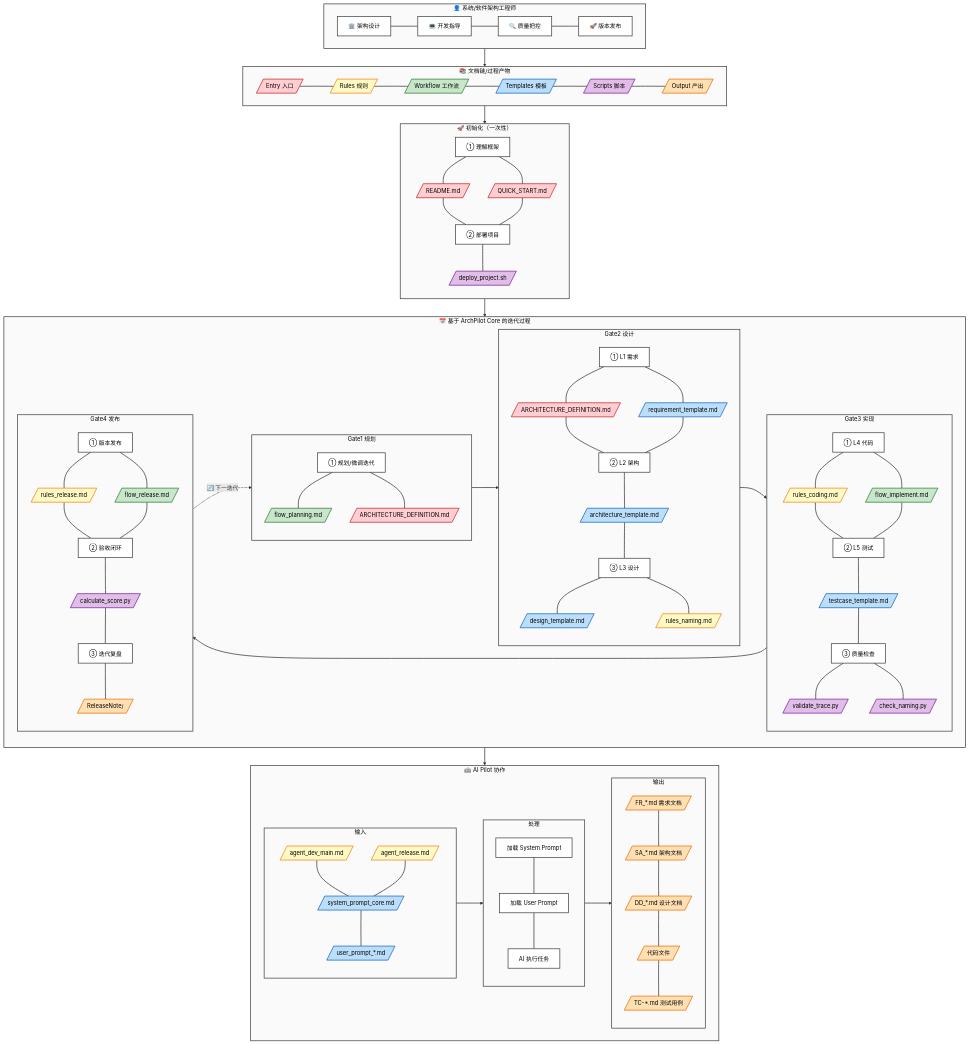
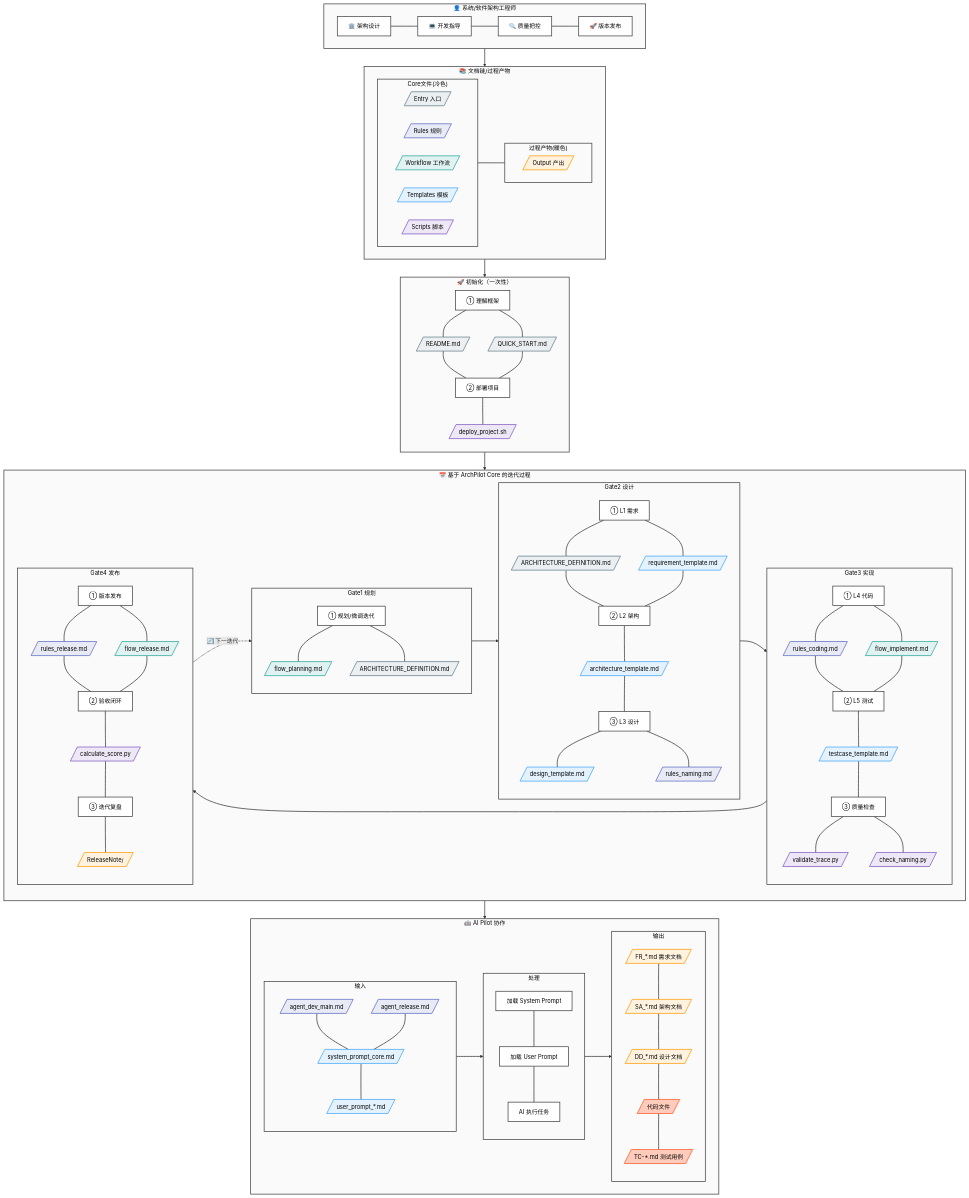
The diagram in Governance/PILOT_GLOBAL_FLOW.mmd (lukagithub/archpilot_core), drawn with Mermaid before and after one commit. The commit also changed 1 other file, not shown here.

Commit message:
style: optimize color scheme - cold for Core, warm for Output Color scheme changes: - Core files (stable, low-frequency): Low saturation COLD colors   - Entry: #eceff1/#607d8b (blue-gray)   - Rules: #e8eaf6/#5c6bc0 (indigo)   - Workflow: #e0f2f1/#26a69a (teal)   - Templates: #e3f2fd/#42a5f5 (blue)   - Scripts: #ede7f6/#7e57c2 (purple) - Output files (project-specific, high-frequency): High saturation WARM colors   - Output: #fff3e0/#ff9800 (orange)   - OutputHigh: #ffccbc/#ff5722 (deep orange) Updated files: - PILOT_GLOBAL_FLOW.mmd: New color definitions and legend structure - rules_mermaid.md: Section 2.2 split into Core/Output, updated 2.3 principles Design rationale: - Cold colors = framework layer, stable, rarely changed - Warm colors = business layer, project output, frequently changed

```diff
--- a/Governance/PILOT_GLOBAL_FLOW.mmd
+++ b/Governance/PILOT_GLOBAL_FLOW.mmd
@@ -14,13 +14,19 @@
     %% ==================== 图例（文档维度颜色） ====================
     subgraph Legend["📚 文档链/过程产物"]
         direction LR
-        L1[/"Entry 入口"/]
-        L2[/"Rules 规则"/]
-        L3[/"Workflow 工作流"/]
-        L4[/"Templates 模板"/]
-        L5[/"Scripts 脚本"/]
-        L6[/"Output 产出"/]
-        L1 ~~~ L2 ~~~ L3 ~~~ L4 ~~~ L5 ~~~ L6
+        subgraph LG1["Core文件(冷色)"]
+            direction LR
+            L1[/"Entry 入口"/]
+            L2[/"Rules 规则"/]
+            L3[/"Workflow 工作流"/]
+            L4[/"Templates 模板"/]
+            L5[/"Scripts 脚本"/]
+        end
+        subgraph LG2["过程产物(暖色)"]
+            direction LR
+            L6[/"Output 产出"/]
+        end
+        LG1 ~~~ LG2
     end
 
     %% ==================== 初始化（仅执行一次） ====================
@@ -153,16 +159,19 @@
     classDef frameStyle fill:#fafafa,stroke:#424242,stroke-width:2px,color:#000
     classDef stepStyle fill:#fff,stroke:#424242,stroke-width:2px,color:#000
 
-    %% 文档维度颜色（仅用于文档节点）
-    classDef entryStyle fill:#ffcdd2,stroke:#c62828,stroke-width:2px,color:#000
-    classDef ruleStyle fill:#fff9c4,stroke:#f57f17,stroke-width:2px,color:#000
-    classDef workflowStyle fill:#c8e6c9,stroke:#2e7d32,stroke-width:2px,color:#000
-    classDef tplStyle fill:#bbdefb,stroke:#1565c0,stroke-width:2px,color:#000
-    classDef scriptStyle fill:#e1bee7,stroke:#7b1fa2,stroke-width:2px,color:#000
-    classDef outputStyle fill:#ffe0b2,stroke:#ef6c00,stroke-width:2px,color:#000
+    %% Core 文件颜色（低饱和度冷色调 - 稳定/低频变更）
+    classDef entryStyle fill:#eceff1,stroke:#607d8b,stroke-width:2px,color:#000
+    classDef ruleStyle fill:#e8eaf6,stroke:#5c6bc0,stroke-width:2px,color:#000
+    classDef workflowStyle fill:#e0f2f1,stroke:#26a69a,stroke-width:2px,color:#000
+    classDef tplStyle fill:#e3f2fd,stroke:#42a5f5,stroke-width:2px,color:#000
+    classDef scriptStyle fill:#ede7f6,stroke:#7e57c2,stroke-width:2px,color:#000
+
+    %% 过程产物颜色（高饱和度暖色调 - 项目输出/高频变更）
+    classDef outputStyle fill:#fff3e0,stroke:#ff9800,stroke-width:2px,color:#000
+    classDef outputHighStyle fill:#ffccbc,stroke:#ff5722,stroke-width:2px,color:#000
 
     %% 应用样式 - 所有大框统一
-    class Role,Legend,Init,Phases,P1,P2,P3,P4,AI_Pilot,AI_IN,AI_PROC,AI_OUT frameStyle
+    class Role,Legend,LG1,LG2,Init,Phases,P1,P2,P3,P4,AI_Pilot,AI_IN,AI_PROC,AI_OUT frameStyle
     class P1_S,P2_S,P2_M,P2_E,P3_S,P3_M,P3_E,P4_S,P4_M,P4_E stepStyle
     class AI_P1,AI_P2,AI_P3 stepStyle
     class R1,R2,R3,R4 stepStyle
@@ -201,7 +210,8 @@
     class P4_D3 scriptStyle
     class P4_D4 outputStyle
 
-    %% AI Pilot: 输入(Agents=规则色, Prompts=模板色) + 输出(产出色)
+    %% AI Pilot: 输入(Core文件) + 输出(过程产物-高饱和暖色)
     class AI_D1,AI_D2 ruleStyle
     class AI_D3,AI_D4 tplStyle
-    class AI_O1,AI_O2,AI_O3,AI_O4,AI_O5 outputStyle
+    class AI_O1,AI_O2,AI_O3 outputStyle
+    class AI_O4,AI_O5 outputHighStyle
```
